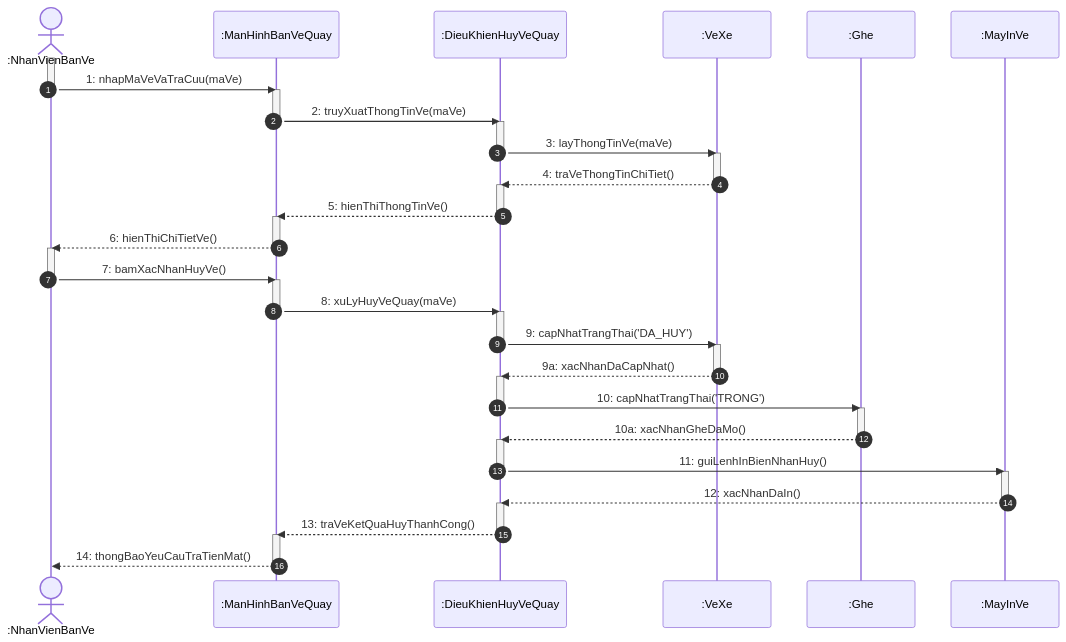
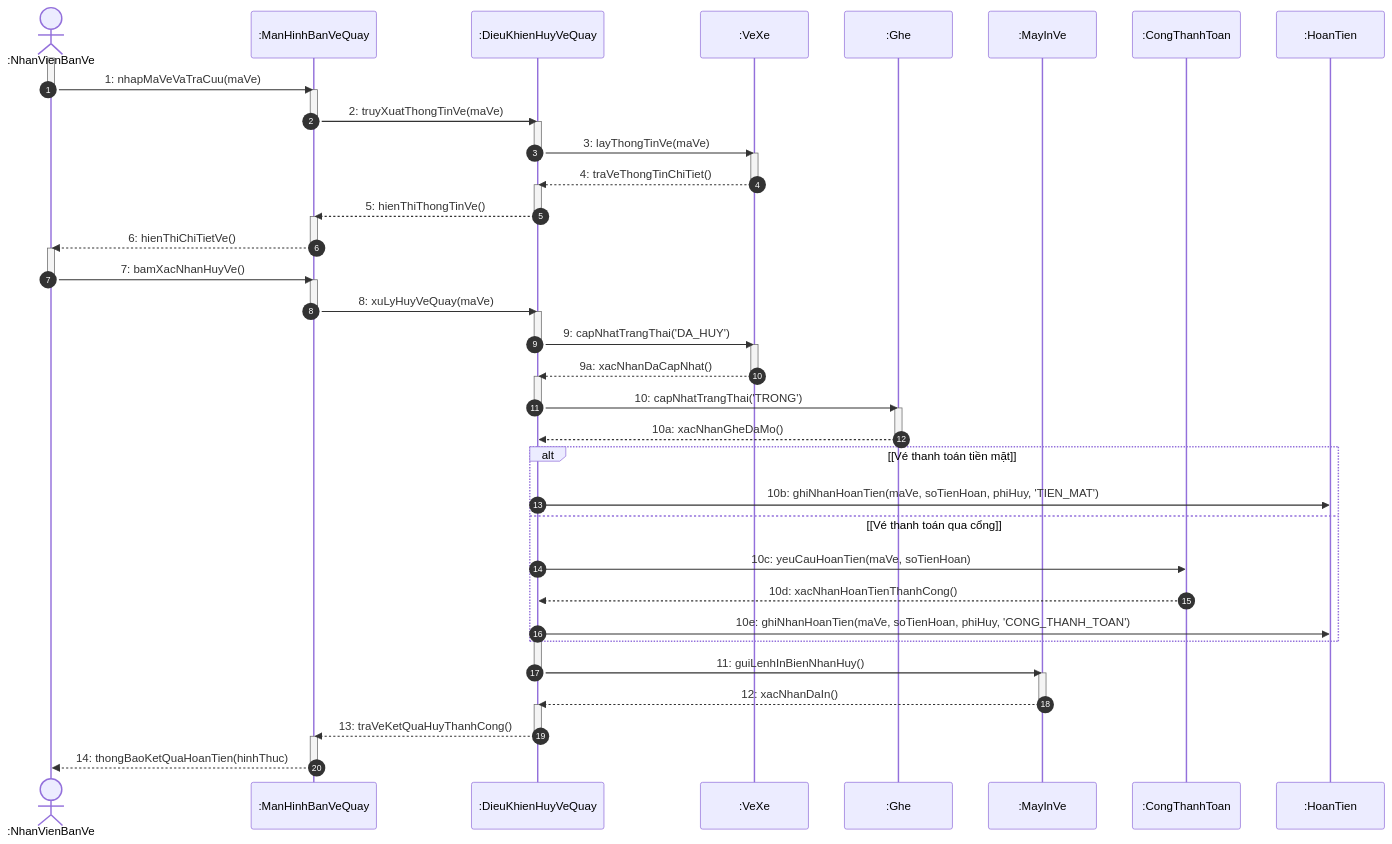
The ninth of 20 diagrams in docs/sequence/Sequence_diagram.md (Longcodepro/Project_OOAD_HK1_2026-2027), drawn with Mermaid before and after one commit. The commit also changed other lines of this file and 5 other files, not shown here.

First line of the commit message:
docs(sequence): thêm file draw.io và cập nhật sơ đồ tuần tự

````diff
--- a/docs/sequence/Sequence_diagram.md
+++ b/docs/sequence/Sequence_diagram.md
@@ -677,68 +685,78 @@
 ```mermaid
 sequenceDiagram
     autonumber
     actor NV as :NhanVienBanVe
     participant MH as :ManHinhBanVeQuay
     participant DK as :DieuKhienHuyVeQuay
     participant VE as :VeXe
     participant GH as :Ghe
     participant MI as :MayInVe
+    participant CTT as :CongThanhToan
+    participant HT as :HoanTien
 
     %% Luồng 1: Tra cứu thông tin vé
     activate NV
     NV ->> MH: 1: nhapMaVeVaTraCuu(maVe)
     deactivate NV
     
     activate MH
     MH ->> DK: 2: truyXuatThongTinVe(maVe)
     deactivate MH
     activate DK
     DK ->> VE: 3: layThongTinVe(maVe)
     deactivate DK
     activate VE
     VE -->> DK: 4: traVeThongTinChiTiet()
     deactivate VE
     activate DK
     DK -->> MH: 5: hienThiThongTinVe()
     deactivate DK
     activate MH
     MH -->> NV: 6: hienThiChiTietVe()
     deactivate MH
     
     %% Luồng 2: Xác nhận hủy & Trả tiền mặt, in biên nhận
     activate NV
     NV ->> MH: 7: bamXacNhanHuyVe()
     deactivate NV
     
     activate MH
     MH ->> DK: 8: xuLyHuyVeQuay(maVe)
     deactivate MH
     activate DK
     DK ->> VE: 9: capNhatTrangThai('DA_HUY')
     deactivate DK
     activate VE
     VE -->> DK: 9a: xacNhanDaCapNhat()
     deactivate VE
 
     activate DK
     DK ->> GH: 10: capNhatTrangThai('TRONG')
     deactivate DK
     activate GH
     GH -->> DK: 10a: xacNhanGheDaMo()
     deactivate GH
+
+    alt [Vé thanh toán tiền mặt]
+        DK ->> HT: 10b: ghiNhanHoanTien(maVe, soTienHoan, phiHuy, 'TIEN_MAT')
+    else [Vé thanh toán qua cổng]
+        DK ->> CTT: 10c: yeuCauHoanTien(maVe, soTienHoan)
+        CTT -->> DK: 10d: xacNhanHoanTienThanhCong()
+        DK ->> HT: 10e: ghiNhanHoanTien(maVe, soTienHoan, phiHuy, 'CONG_THANH_TOAN')
+    end
     
     activate DK
     DK ->> MI: 11: guiLenhInBienNhanHuy()
     deactivate DK
     activate MI
     MI -->> DK: 12: xacNhanDaIn()
     deactivate MI
     
     activate DK
     DK -->> MH: 13: traVeKetQuaHuyThanhCong()
     deactivate DK
     
     activate MH
-    MH -->> NV: 14: thongBaoYeuCauTraTienMat()
+    MH -->> NV: 14: thongBaoKetQuaHoanTien(hinhThuc)
     deactivate MH
 ```
````
